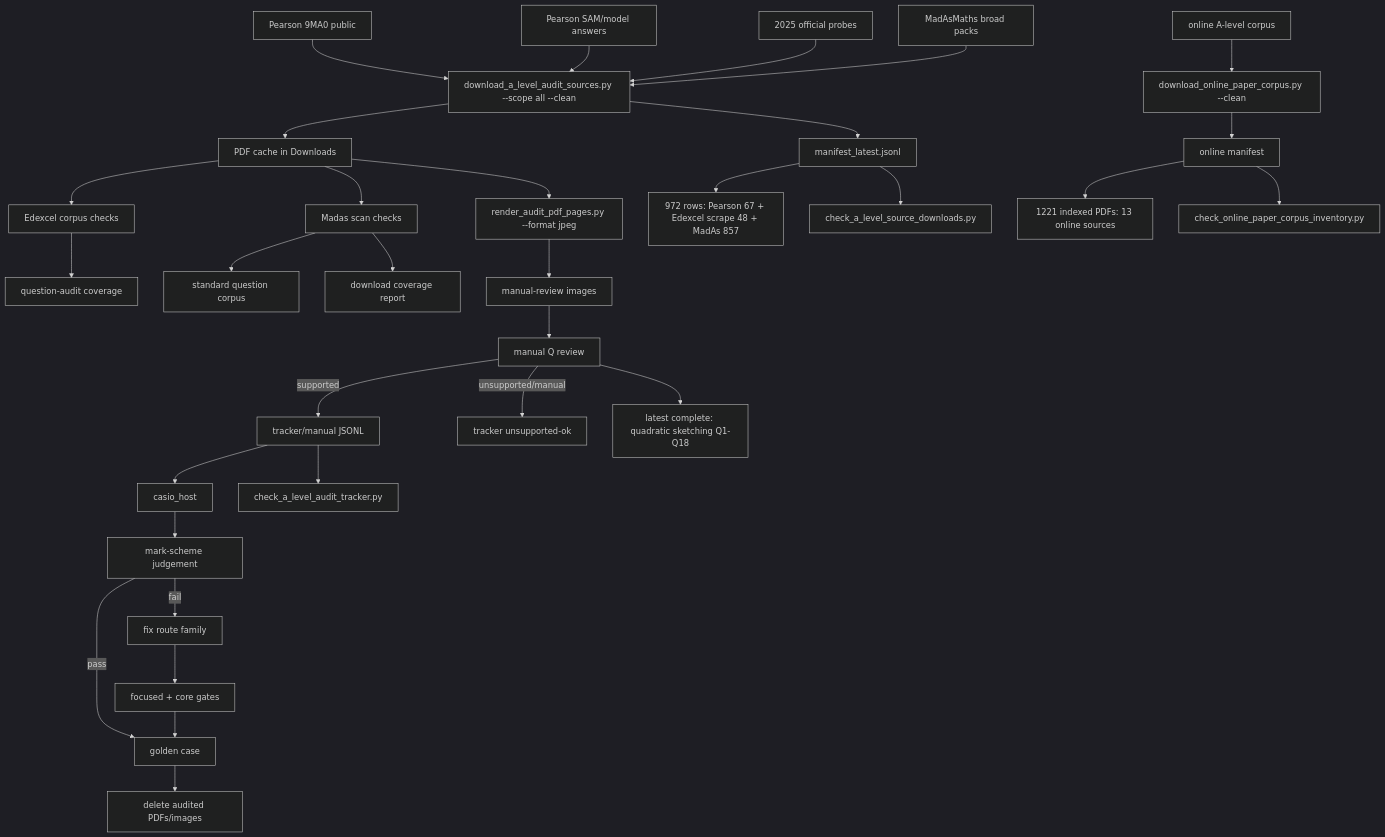
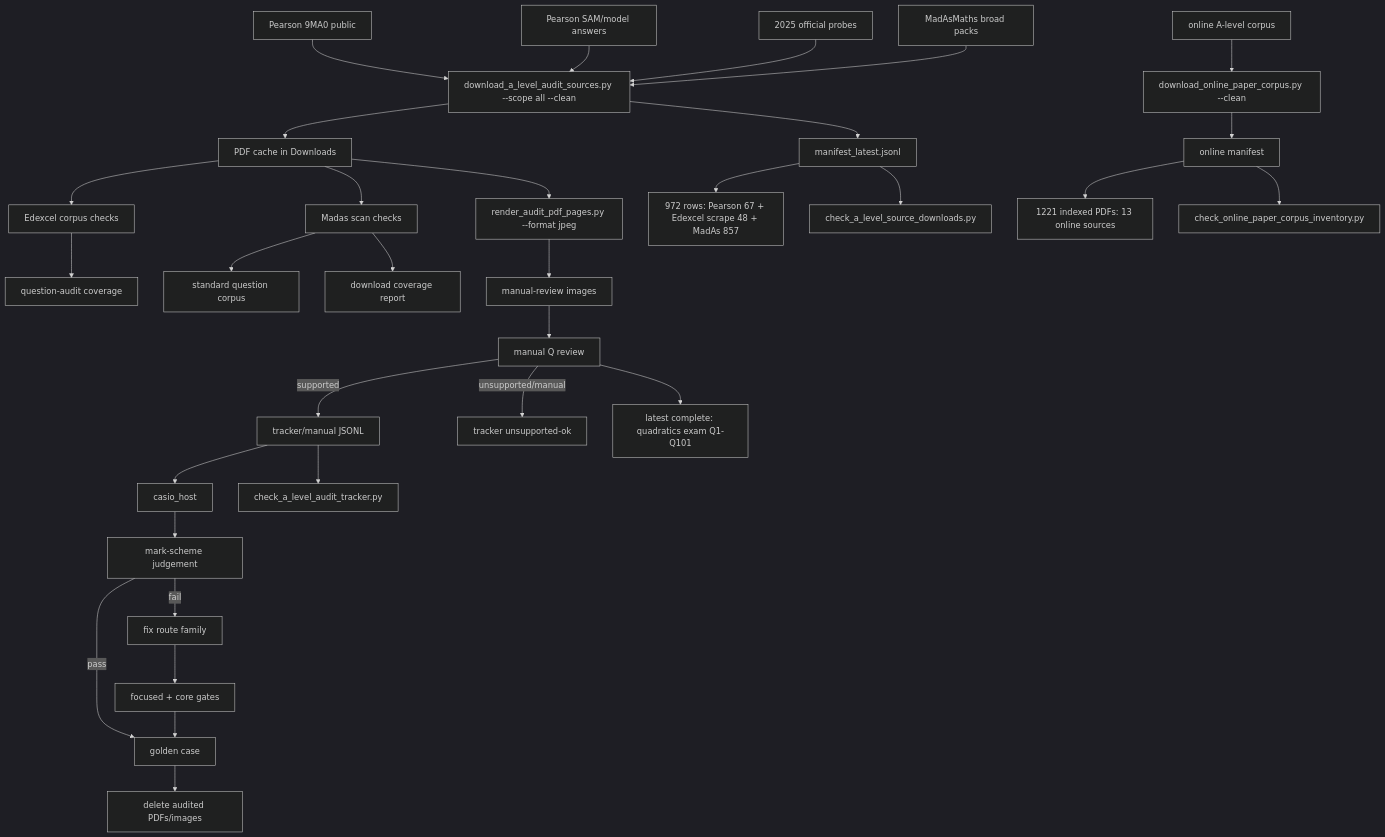
One commit to james8464/notes-addin-casio-fx-cg50 changed the diagram in c++/tools/golden/a_level_audit_graph.md. Above: the diagram before and after it, drawn with Mermaid (dark theme). The commit also changed other lines of this file and 2 other files, not shown here.

Commit message:
Audit quadratics exam questions

````diff
--- a/c++/tools/golden/a_level_audit_graph.md
+++ b/c++/tools/golden/a_level_audit_graph.md
@@ -3,34 +3,34 @@
 ```mermaid
 graph TD
   E1["Pearson 9MA0 public"] --> D["download_a_level_audit_sources.py --scope all --clean"]
   E2["Pearson SAM/model answers"] --> D
   E3["2025 official probes"] --> D
   M1["MadAsMaths broad packs"] --> D
   O1["online A-level corpus"] --> OD["download_online_paper_corpus.py --clean"]
   D --> P["PDF cache in Downloads"]
   D --> X["manifest_latest.jsonl"]
   OD --> OX["online manifest"]
   X --> XC["972 rows: Pearson 67 + Edexcel scrape 48 + MadAs 857"]
   OX --> OC["1221 indexed PDFs: 13 online sources"]
   X --> V["check_a_level_source_downloads.py"]
   OX --> OV["check_online_paper_corpus_inventory.py"]
   P --> E["Edexcel corpus checks"]
   E --> EQ["question-audit coverage"]
   P --> S["Madas scan checks"]
   S --> M["standard question corpus"]
   S --> MC["download coverage report"]
   P --> R["render_audit_pdf_pages.py --format jpeg"]
   R --> I["manual-review images"]
   I --> Q["manual Q review"]
   Q -->|supported| J["tracker/manual JSONL"]
   Q -->|unsupported/manual| U["tracker unsupported-ok"]
   J --> H["casio_host"]
   J --> K["check_a_level_audit_tracker.py"]
   H --> C["mark-scheme judgement"]
   C -->|pass| G["golden case"]
   C -->|fail| F["fix route family"]
   F --> T["focused + core gates"]
   T --> G
   G --> Z["delete audited PDFs/images"]
-  Q --> QSketch["latest complete: quadratic sketching Q1-Q18"]
+  Q --> QQuadExam["latest complete: quadratics exam Q1-Q101"]
 ```
````
